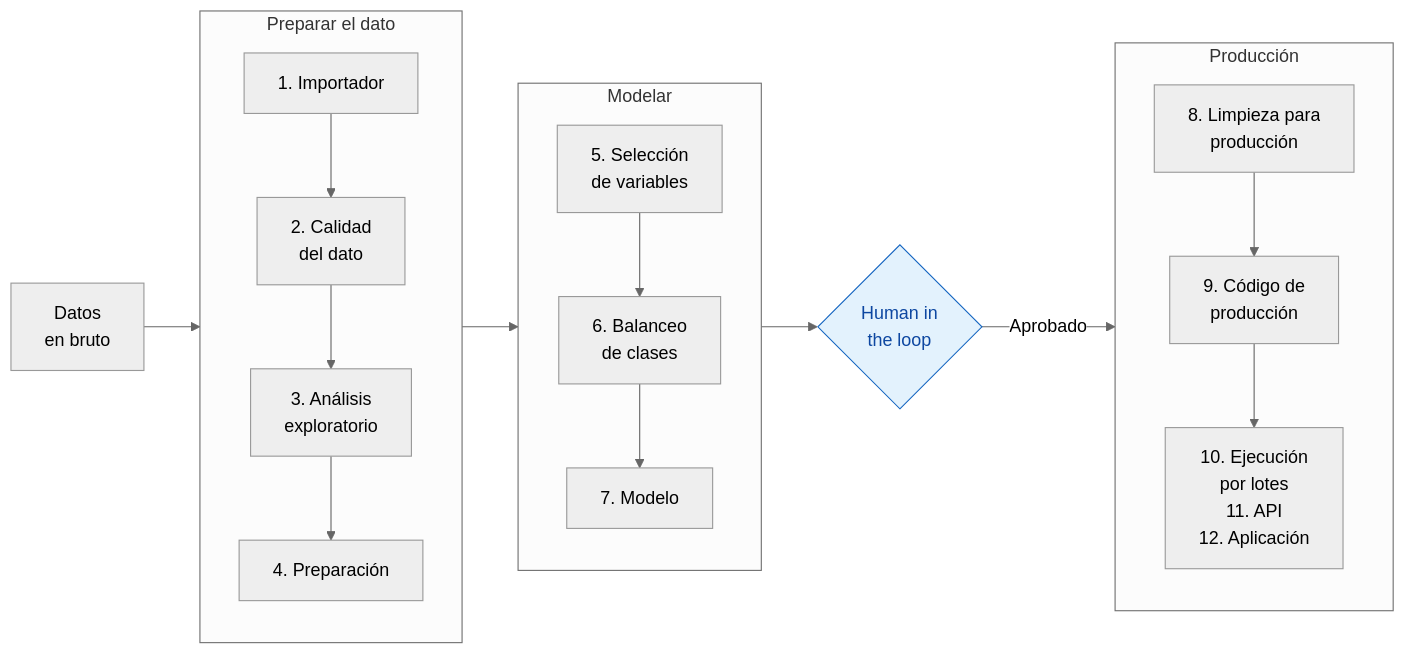
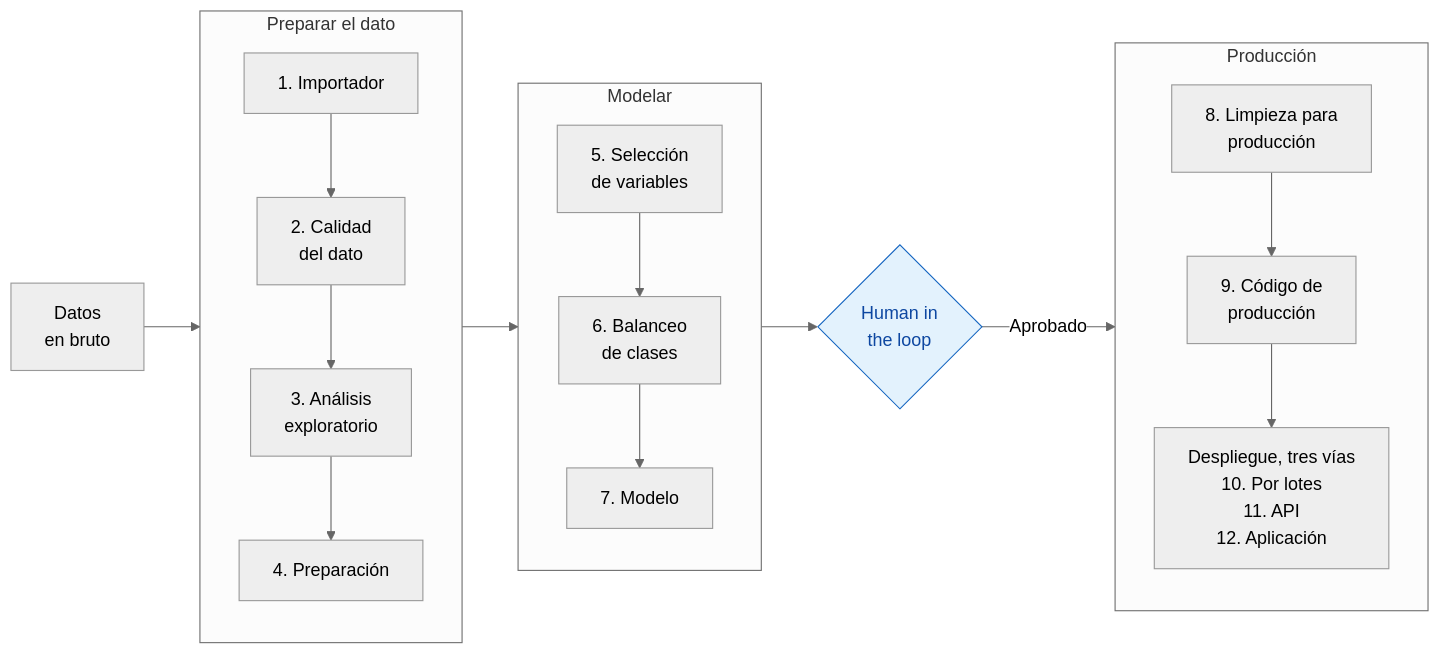
The third of 3 diagrams in README.md (jleonceo/portfolio-juan-luis), drawn with Mermaid (neutral theme) before and after one commit. The commit also changed 1 other file, not shown here.

Commit message:
Esquema del análisis: los pasos 10 a 12 se rotulan como tres vías de despliegue
La caja los listaba seguidos y podían leerse como tres pasos obligatorios.

````diff
--- a/README.md
+++ b/README.md
@@ -85,25 +85,25 @@
 ```mermaid
 flowchart LR
     D[Datos<br/>en bruto] --> F1
     subgraph F1[Preparar el dato]
         direction TB
         A1[1. Importador] --> A2[2. Calidad<br/>del dato]
         A2 --> A3[3. Análisis<br/>exploratorio]
         A3 --> A4[4. Preparación]
     end
     subgraph F2[Modelar]
         direction TB
         A5[5. Selección<br/>de variables] --> A6[6. Balanceo<br/>de clases]
         A6 --> A7[7. Modelo]
     end
     subgraph F3[Producción]
         direction TB
         A8[8. Limpieza para<br/>producción] --> A9[9. Código de<br/>producción]
-        A9 --> A10[10. Ejecución<br/>por lotes<br/>11. API<br/>12. Aplicación]
+        A9 --> A10[Despliegue, tres vías<br/>10. Por lotes<br/>11. API<br/>12. Aplicación]
     end
     F1 --> F2
     F2 --> P{Human in<br/>the loop}
     P -->|Aprobado| F3
 
     style P fill:#e3f2fd,stroke:#1565c0,color:#0d47a1
 ```
````
